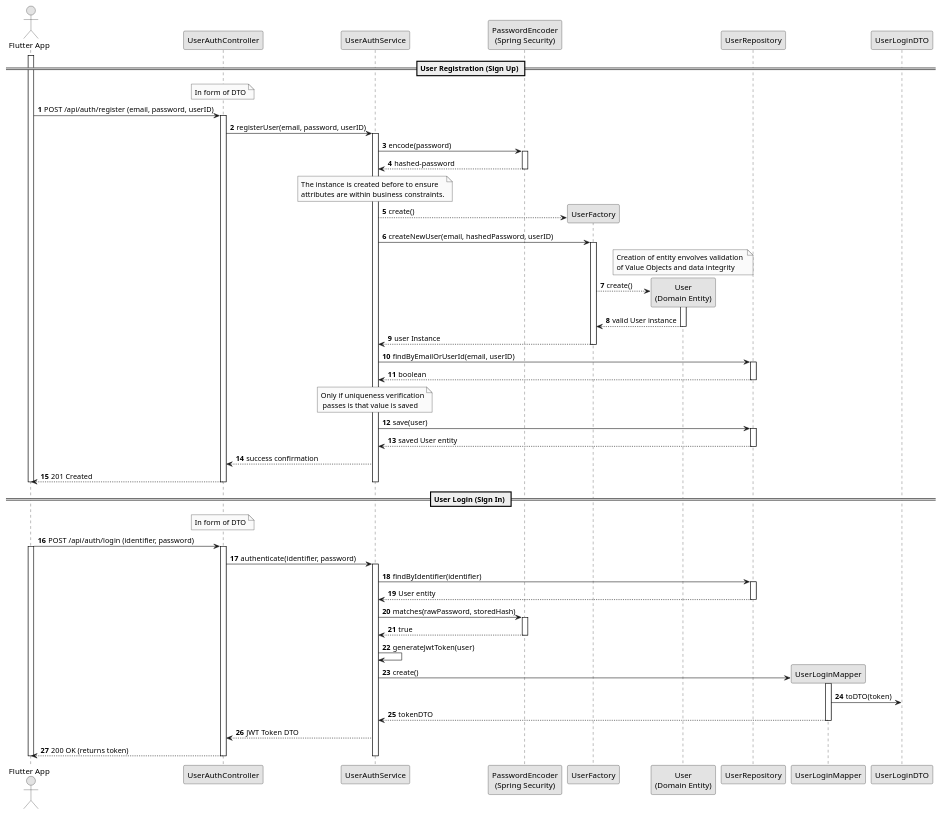
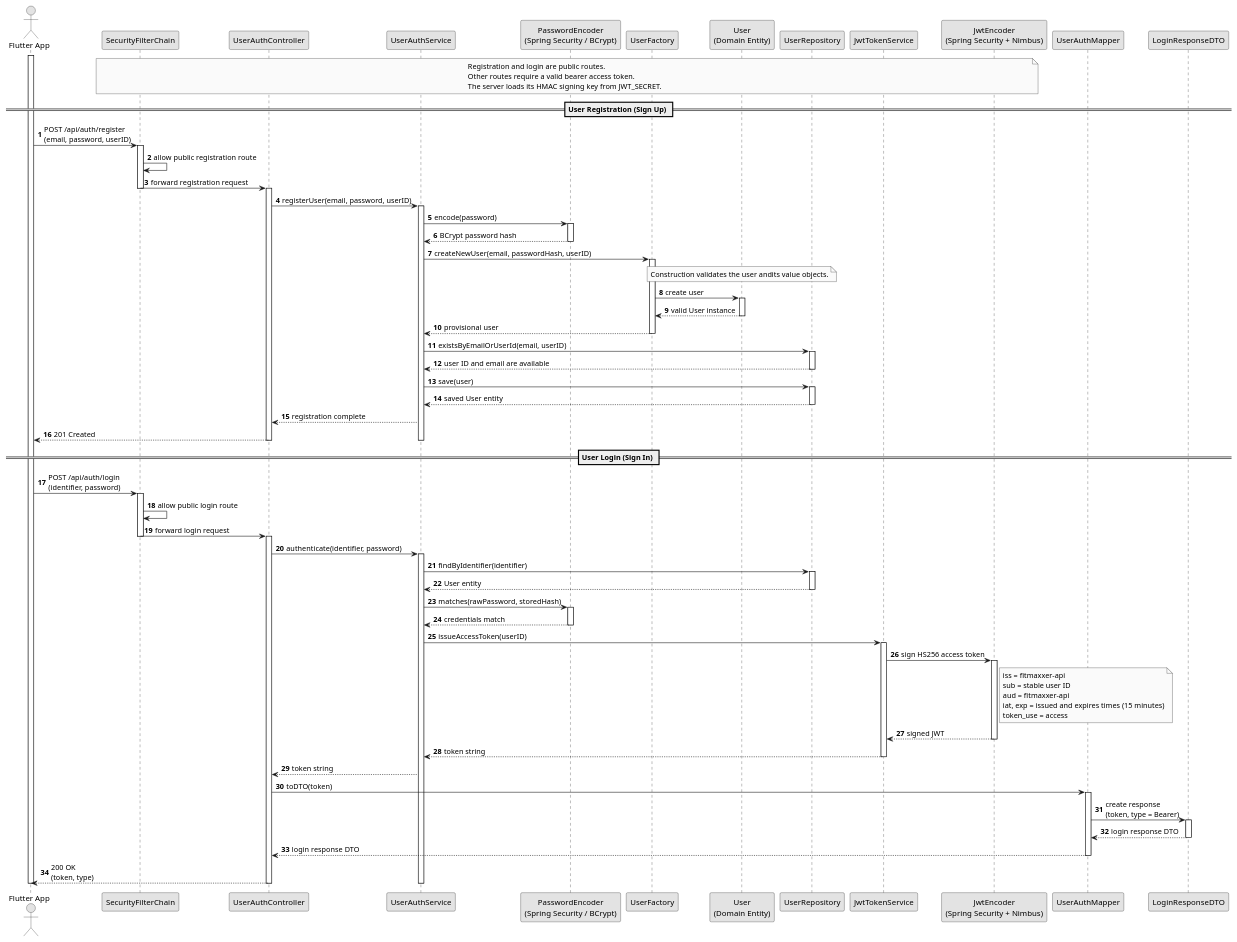
The diagram in backend/docs/US008/us008-SD.puml (Pedro-P21/FitMaxxer), drawn with PlantUML before and after one commit. The commit also changed 14 other files, not shown here.

Commit message:
#4 #5 - Changes on US001 implementation, due to added JWT token protocol. Testing for jtw protocol and business constraints added

```diff
--- a/backend/docs/US008/us008-SD.puml
+++ b/backend/docs/US008/us008-SD.puml
@@ -1,94 +1,116 @@
 @startuml US008-Sequence-Diagram
 autonumber
 skinparam monochrome true
 skinparam packageStyle rectangle
 skinparam shadowing false
 
 actor "Flutter App" as Client
+participant "SecurityFilterChain" as SecurityChain
 participant "UserAuthController" as Controller
 participant "UserAuthService" as Service
-participant "PasswordEncoder\n(Spring Security)" as Security
+participant "PasswordEncoder\n(Spring Security / BCrypt)" as PasswordEncoder
 participant "UserFactory" as Factory
 participant "User\n(Domain Entity)" as User
 participant "UserRepository" as Repo
-participant "UserLoginMapper" as Mapper
-participant "UserLoginDTO" as DTO
+participant "JwtTokenService" as TokenService
+participant "JwtEncoder\n(Spring Security + Nimbus)" as JwtEncoder
+participant "UserAuthMapper" as Mapper
+participant "LoginResponseDTO" as DTO
 
+note over SecurityChain,JwtEncoder
+  Registration and login are public routes.
+  Other routes require a valid bearer access token.
+  The server loads its HMAC signing key from JWT_SECRET.
+end note
 
 activate Client
 == User Registration (Sign Up) ==
-note over Controller: In form of DTO
-Client -> Controller : POST /api/auth/register (email, password, userID)
+Client -> SecurityChain : POST /api/auth/register\n(email, password, userID)
+activate SecurityChain
+SecurityChain -> SecurityChain : allow public registration route
+SecurityChain -> Controller : forward registration request
+deactivate SecurityChain
 activate Controller
 
 Controller -> Service : registerUser(email, password, userID)
 activate Service
-Service -> Security : encode(password)
-activate Security
-Security --> Service : hashed-password
-note over Service: The instance is created before to ensure \nattributes are within business constraints.
-deactivate Security
-Service --> Factory**: create()
+Service -> PasswordEncoder : encode(password)
+activate PasswordEncoder
+PasswordEncoder --> Service : BCrypt password hash
+deactivate PasswordEncoder
 
-Service -> Factory: createNewUser(email, hashedPassword, userID)
+Service -> Factory : createNewUser(email, passwordHash, userID)
 activate Factory
-note over User: Creation of entity envolves validation \nof Value Objects and data integrity
-Factory --> User**: create()
+note over User: Construction validates the user andits value objects.
+Factory -> User : create user
 activate User
 User --> Factory : valid User instance
 deactivate User
-Factory --> Service: user Instance
+Factory --> Service : provisional user
 deactivate Factory
 
-Service -> Repo : findByEmailOrUserId(email, userID)
+Service -> Repo : existsByEmailOrUserId(email, userID)
 activate Repo
-Repo --> Service : boolean
+Repo --> Service : user ID and email are available
 deactivate Repo
 
-note over Service: Only if uniqueness verification\n passes is that value is saved
 Service -> Repo : save(user)
 activate Repo
 Repo --> Service : saved User entity
 deactivate Repo
-
-Service --> Controller : success confirmation
+Service --> Controller : registration complete
 Controller --> Client : 201 Created
-
 deactivate Service
 deactivate Controller
-deactivate Client
-
 
 == User Login (Sign In) ==
-note over Controller: In form of DTO
-Client -> Controller : POST /api/auth/login (identifier, password)
-activate Client
+Client -> SecurityChain : POST /api/auth/login\n(identifier, password)
+activate SecurityChain
+SecurityChain -> SecurityChain : allow public login route
+SecurityChain -> Controller : forward login request
+deactivate SecurityChain
 activate Controller
 
 Controller -> Service : authenticate(identifier, password)
 activate Service
-
 Service -> Repo : findByIdentifier(identifier)
 activate Repo
 Repo --> Service : User entity
 deactivate Repo
 
-Service -> Security : matches(rawPassword, storedHash)
-activate Security
-Security --> Service : true
-deactivate Security
+Service -> PasswordEncoder : matches(rawPassword, storedHash)
+activate PasswordEncoder
+PasswordEncoder --> Service : credentials match
+deactivate PasswordEncoder
 
-Service -> Service : generateJwtToken(user)
-Service -> Mapper**: create()
+Service -> TokenService : issueAccessToken(userID)
+activate TokenService
+TokenService -> JwtEncoder : sign HS256 access token
+activate JwtEncoder
+note right of JwtEncoder
+  iss = fitmaxxer-api
+  sub = stable user ID
+  aud = fitmaxxer-api
+  iat, exp = issued and expires times (15 minutes)
+  token_use = access
+end note
+JwtEncoder --> TokenService : signed JWT
+deactivate JwtEncoder
+TokenService --> Service : token string
+deactivate TokenService
+
+Service --> Controller : token string
+Controller -> Mapper : toDTO(token)
 activate Mapper
-Mapper -> DTO: toDTO(token)
-Mapper --> Service: tokenDTO
+Mapper -> DTO : create response\n(token, type = Bearer)
+activate DTO
+DTO --> Mapper : login response DTO
+deactivate DTO
+Mapper --> Controller : login response DTO
 deactivate Mapper
-Service --> Controller : JWT Token DTO
-Controller --> Client : 200 OK (returns token)
+Controller --> Client : 200 OK\n(token, type)
 
 deactivate Service
 deactivate Controller
 deactivate Client
-
 @enduml
```
